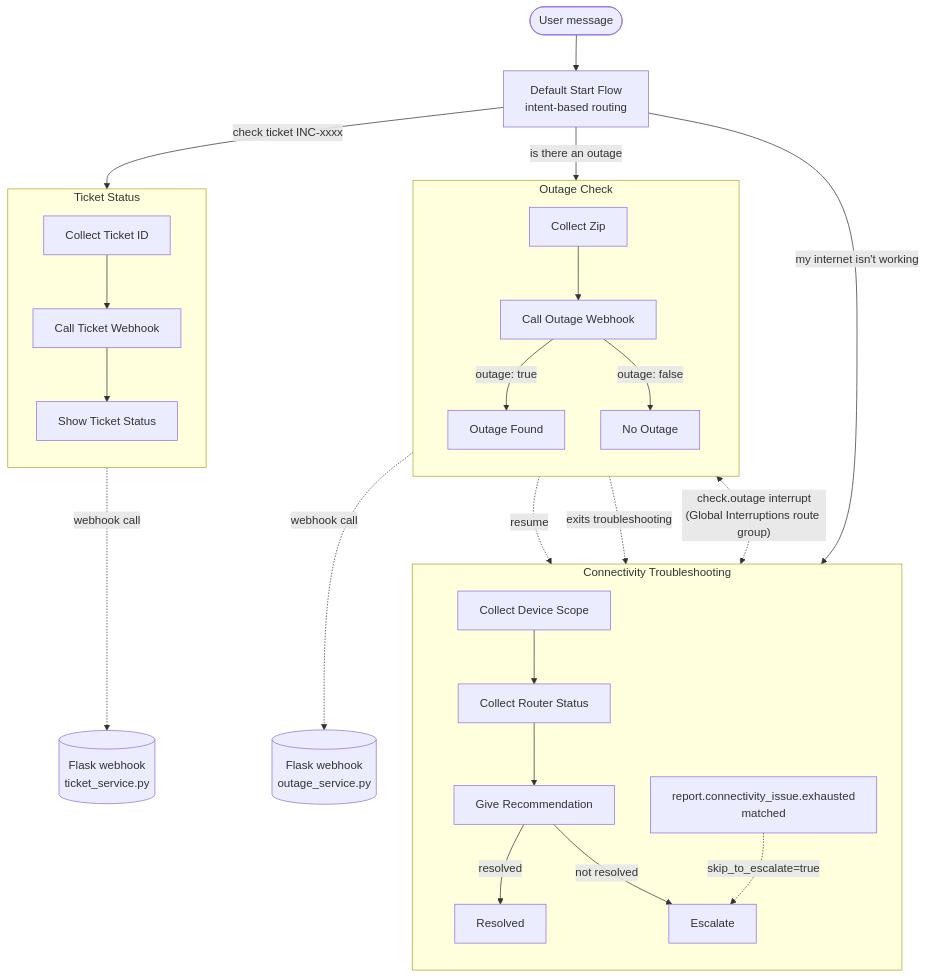
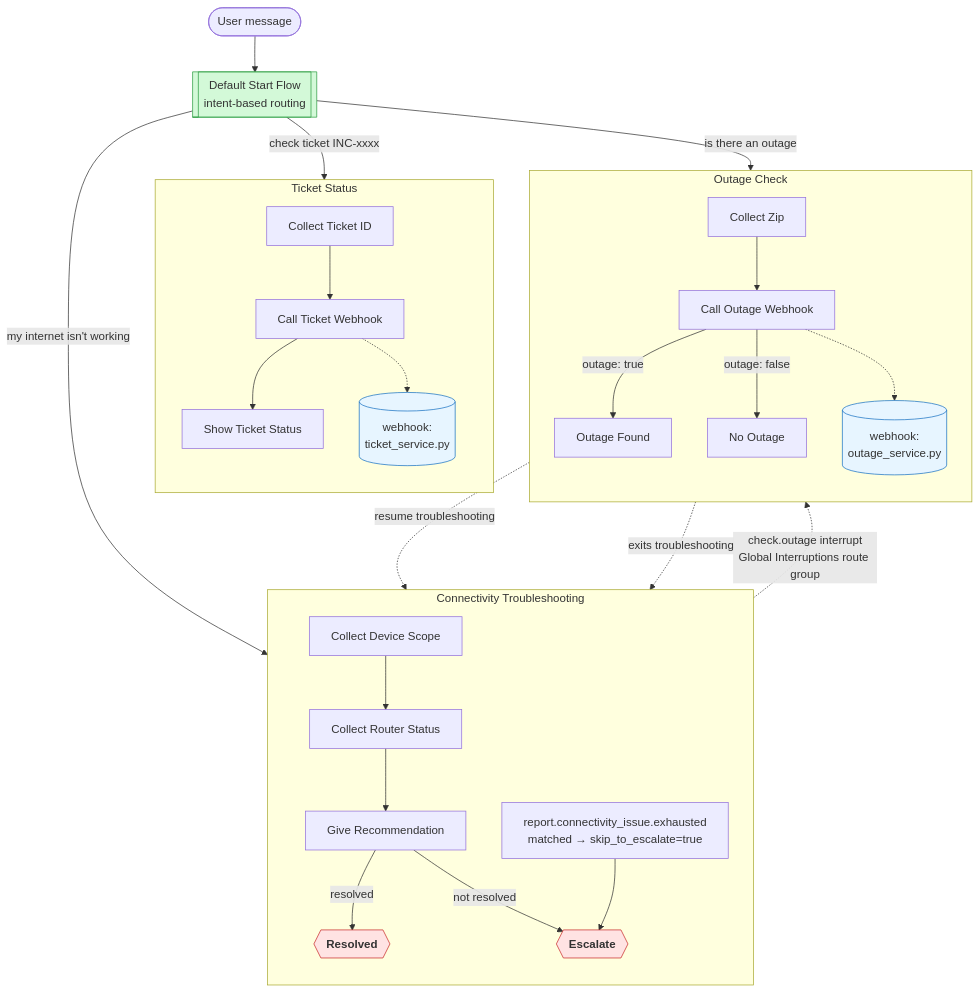
The diagram in README.md (Sansshrey/customer-support-assistant-dfcx), drawn with Mermaid before and after one commit. The commit also changed other lines of this file, not shown here.

Commit message:
Revise architecture diagram for flow updates
Updated architecture diagram to reflect changes in flow and added new entry points for troubleshooting and outage checks.

````diff
--- a/README.md
+++ b/README.md
@@ -29,37 +29,43 @@
 ```mermaid
 flowchart TD
-    U([User message]) --> DSF[Default Start Flow<br/>intent-based routing]
+    U([User message]) --> DSF[["Default Start Flow<br/>intent-based routing"]]
 
-    DSF -->|"my internet isn't working"| CT
-    DSF -->|"is there an outage"| OC
-    DSF -->|"check ticket INC-xxxx"| TS
+    DSF -->|"check ticket INC-xxxx"| TS_ENTRY
+    DSF -->|"my internet isn't working"| CT_ENTRY
+    DSF -->|"is there an outage"| OC_ENTRY
 
-    subgraph CT[Connectivity Troubleshooting]
+    subgraph TS["Ticket Status"]
         direction TB
-        CDS[Collect Device Scope] --> CRS[Collect Router Status]
-        CRS --> GR[Give Recommendation]
-        GR -->|resolved| RES[Resolved]
-        GR -->|not resolved| ESC[Escalate]
-        EXH[report.connectivity_issue.exhausted<br/>matched] -.skip_to_escalate=true.-> ESC
+        TS_ENTRY[Collect Ticket ID] --> TS_CALL[Call Ticket Webhook]
+        TS_CALL --> TS_SHOW[Show Ticket Status]
+        TS_CALL -.-> TS_WH[(webhook:<br/>ticket_service.py)]
     end
 
-    subgraph OC[Outage Check]
+    subgraph CT["Connectivity Troubleshooting"]
         direction TB
-        CZ[Collect Zip] --> CW[Call Outage Webhook]
-        CW -->|outage: true| OF[Outage Found]
-        CW -->|outage: false| NO[No Outage]
+        CT_ENTRY[Collect Device Scope] --> CT_ROUTER[Collect Router Status]
+        CT_ROUTER --> CT_REC[Give Recommendation]
+        CT_REC -->|resolved| CT_RES{{Resolved}}
+        CT_REC -->|not resolved| CT_ESC{{Escalate}}
+        CT_EXH["report.connectivity_issue.exhausted<br/>matched → skip_to_escalate=true"] --> CT_ESC
     end
 
-    subgraph TS[Ticket Status]
+    subgraph OC["Outage Check"]
         direction TB
-        CTI[Collect Ticket ID] --> CTW[Call Ticket Webhook]
-        CTW --> STS[Show Ticket Status]
+        OC_ENTRY[Collect Zip] --> OC_CALL[Call Outage Webhook]
+        OC_CALL -->|outage: true| OC_FOUND[Outage Found]
+        OC_CALL -->|outage: false| OC_NO[No Outage]
+        OC_CALL -.-> OC_WH[(webhook:<br/>outage_service.py)]
     end
 
-    CT <-.->|"check.outage interrupt<br/>(Global Interruptions route group)"| OC
-    NO -.resume.-> CRS
-    OF -.exits troubleshooting.-> ESC
+    CT -.->|"check.outage interrupt<br/>Global Interruptions route group"| OC
+    OC_NO -.->|resume troubleshooting| CT_ROUTER
+    OC_FOUND -.->|exits troubleshooting| CT_ESC
 
-    CW -.webhook call.-> WH[(Flask webhook<br/>outage_service.py)]
-    CTW -.webhook call.-> WH2[(Flask webhook<br/>ticket_service.py)]
+    classDef terminal fill:#ffe3e3,stroke:#c92a2a,font-weight:bold;
+    classDef webhook fill:#e7f5ff,stroke:#1971c2;
+    classDef entry fill:#d3f9d8,stroke:#2f9e44;
+    class CT_RES,CT_ESC terminal
+    class TS_WH,OC_WH webhook
+    class DSF entry
 ```
````
